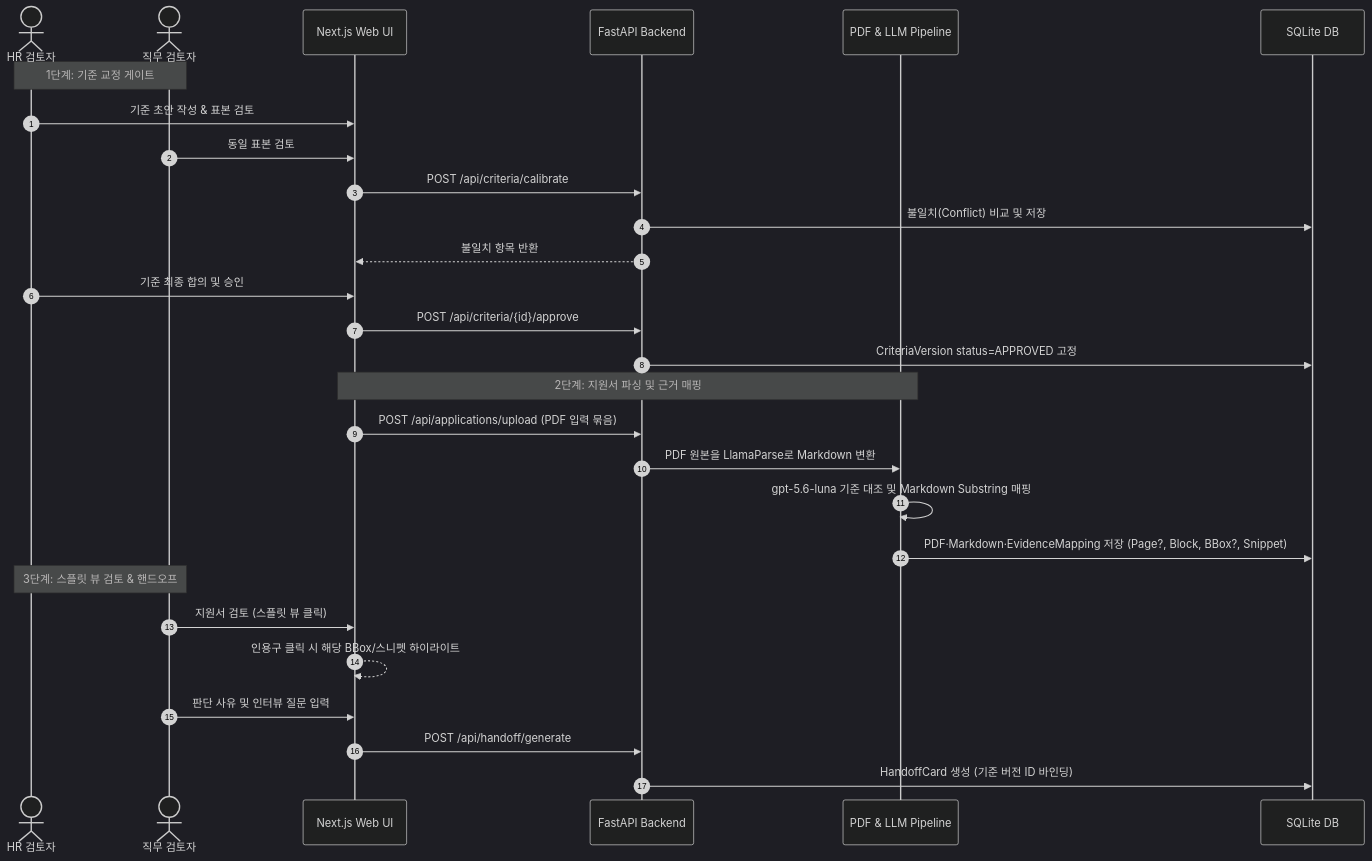
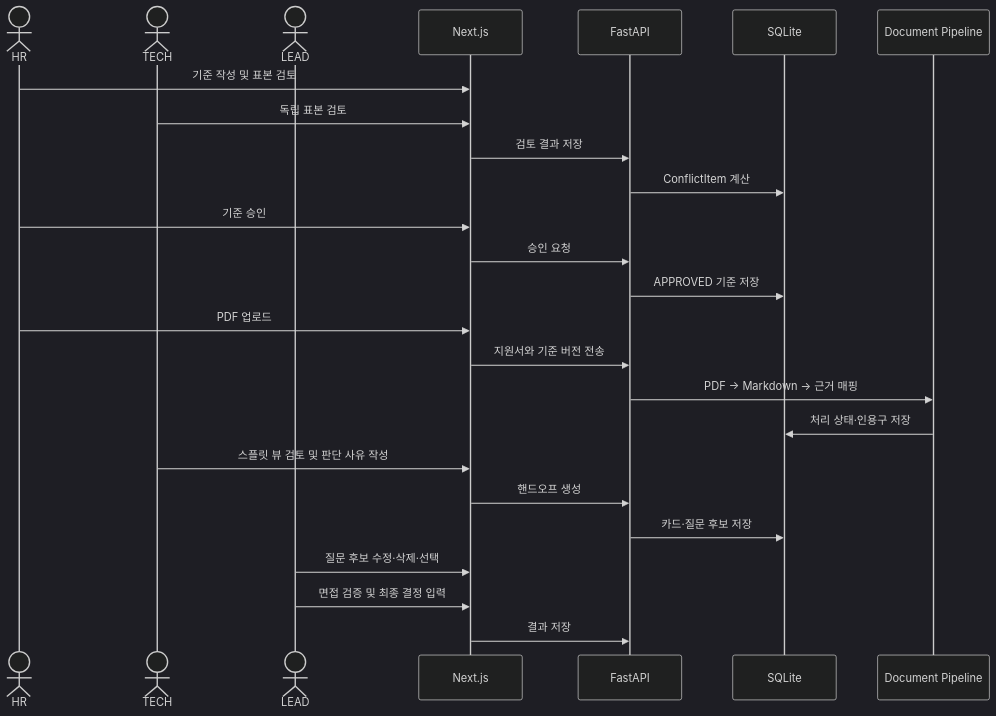
Before and after one commit to CSshk113/BLDT_BMAD: the second of 3 diagrams in _bmad-output/planning-artifacts/architecture/architecture-Zero100_Builderthon-2026-08-26/ARCHITECTURE-SPINE.md, drawn with Mermaid (dark theme). The commit also changed other lines of this file and 21 other files, not shown here.

````diff
--- a/_bmad-output/planning-artifacts/architecture/architecture-Zero100_Builderthon-2026-08-26/ARCHITECTURE-SPINE.md
+++ b/_bmad-output/planning-artifacts/architecture/architecture-Zero100_Builderthon-2026-08-26/ARCHITECTURE-SPINE.md
@@ -151,33 +169,30 @@
 ```mermaid
 sequenceDiagram
-    autonumber
-    actor HR as HR 검토자
-    actor Dev as 직무 검토자
-    participant Web as Next.js Web UI
-    participant API as FastAPI Backend
-    participant Pipeline as PDF & LLM Pipeline
-    participant DB as SQLite DB
+    actor HR
+    actor TECH
+    actor LEAD
+    participant UI as Next.js
+    participant API as FastAPI
+    participant DB as SQLite
+    participant PIPE as Document Pipeline
 
-    Note over HR, Dev: 1단계: 기준 교정 게이트
-    HR->>Web: 기준 초안 작성 & 표본 검토
-    Dev->>Web: 동일 표본 검토
-    Web->>API: POST /api/criteria/calibrate
-    API->>DB: 불일치(Conflict) 비교 및 저장
-    API-->>Web: 불일치 항목 반환
-    HR->>Web: 기준 최종 합의 및 승인
-    Web->>API: POST /api/criteria/{id}/approve
-    API->>DB: CriteriaVersion status=APPROVED 고정
+    HR->>UI: 기준 작성 및 표본 검토
+    TECH->>UI: 독립 표본 검토
+    UI->>API: 검토 결과 저장
+    API->>DB: ConflictItem 계산
+    HR->>UI: 기준 승인
+    UI->>API: 승인 요청
+    API->>DB: APPROVED 기준 저장
 
-    Note over Web, Pipeline: 2단계: 지원서 파싱 및 근거 매핑
-    Web->>API: POST /api/applications/upload (PDF 입력 묶음)
-    API->>Pipeline: PDF 원본을 LlamaParse로 Markdown 변환
-    Pipeline->>Pipeline: gpt-5.6-luna 기준 대조 및 Markdown Substring 매핑
-    Pipeline->>DB: PDF·Markdown·EvidenceMapping 저장 (Page?, Block, BBox?, Snippet)
+    HR->>UI: PDF 업로드
+    UI->>API: 지원서와 기준 버전 전송
+    API->>PIPE: PDF → Markdown → 근거 매핑
+    PIPE->>DB: 처리 상태·인용구 저장
 
-    Note over HR, Dev: 3단계: 스플릿 뷰 검토 & 핸드오프
-    Dev->>Web: 지원서 검토 (스플릿 뷰 클릭)
-    Web-->>Web: 인용구 클릭 시 해당 BBox/스니펫 하이라이트
-    Dev->>Web: 판단 사유 및 인터뷰 질문 입력
-    Web->>API: POST /api/handoff/generate
-    API->>DB: HandoffCard 생성 (기준 버전 ID 바인딩)
+    TECH->>UI: 스플릿 뷰 검토 및 판단 사유 작성
+    UI->>API: 핸드오프 생성
+    API->>DB: 카드·질문 후보 저장
+    LEAD->>UI: 질문 후보 수정·삭제·선택
+    LEAD->>UI: 면접 검증 및 최종 결정 입력
+    UI->>API: 결과 저장
 ```
````
